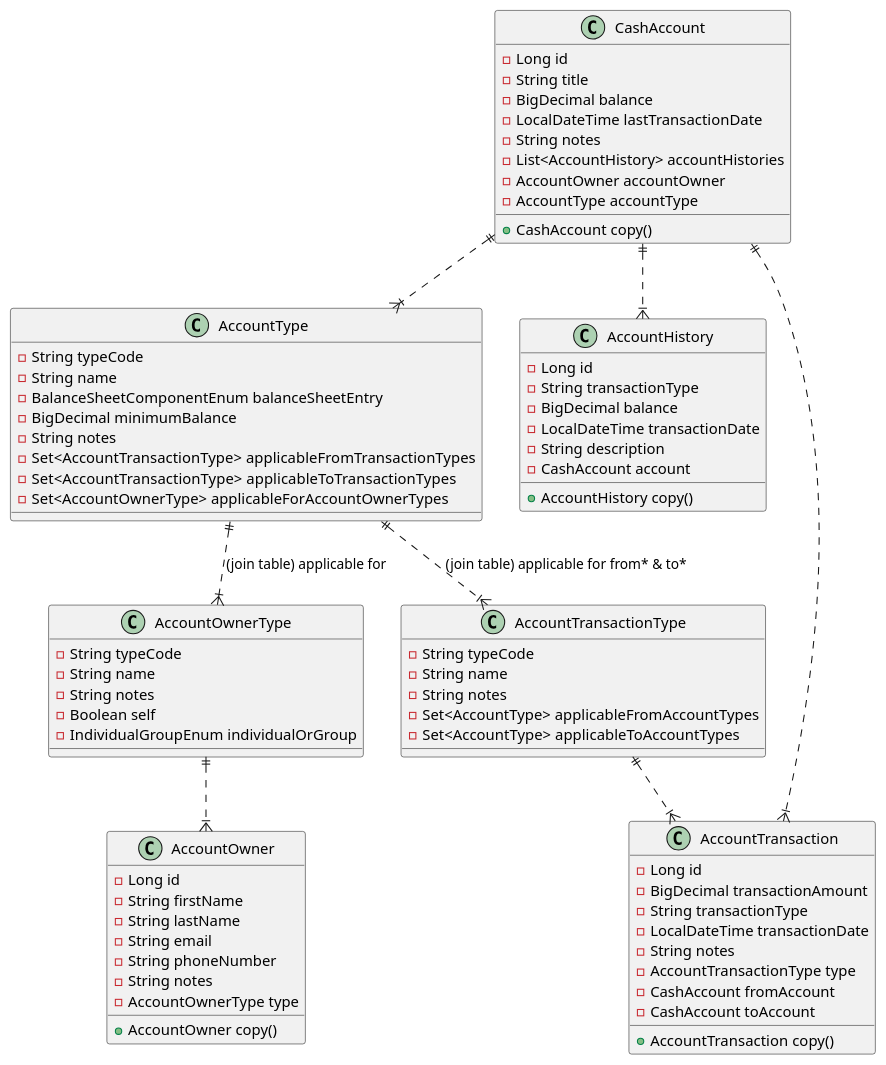
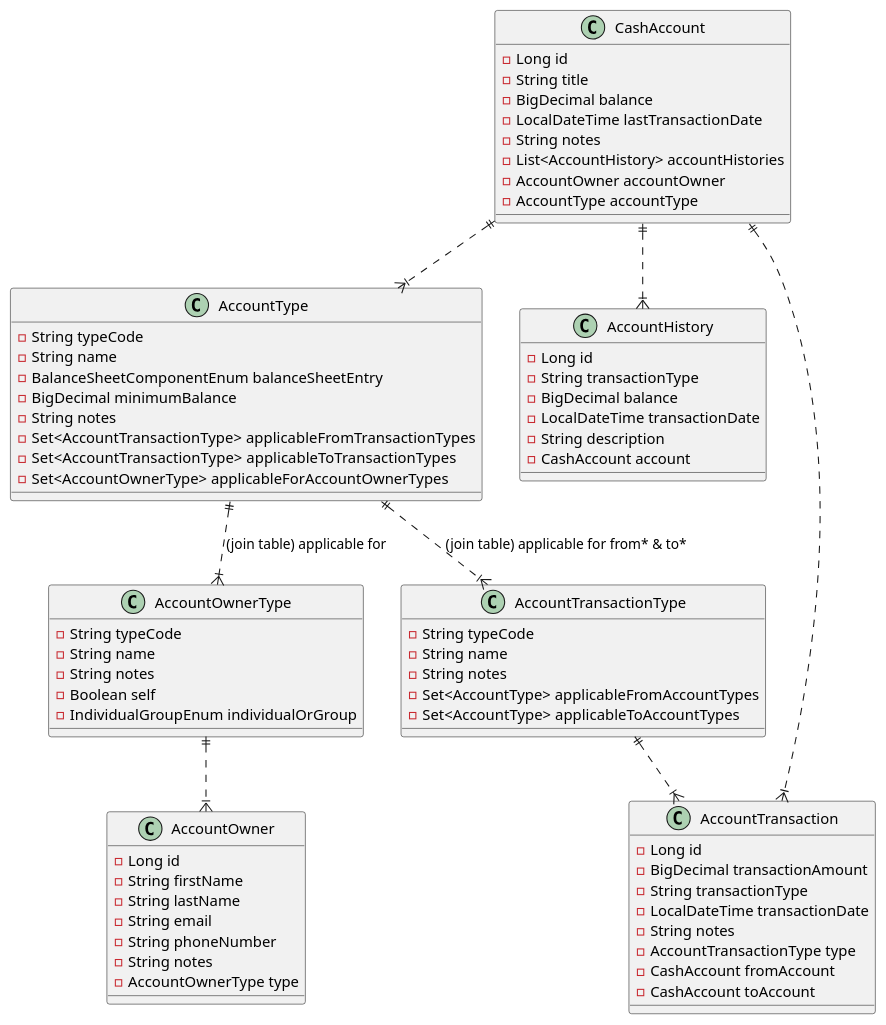
One commit to donniexyz/med-spring-boot-demo changed the diagram in docs/plantuml/ERD.puml. Above: the diagram before and after it, drawn with PlantUML. The commit also changed 1 other file, not shown here.

Commit message:
Update ERD plantuml

```diff
--- a/docs/plantuml/ERD.puml
+++ b/docs/plantuml/ERD.puml
@@ -1,87 +1,83 @@
 @startuml
 class AccountType {
 - String typeCode
 - String name
 - BalanceSheetComponentEnum balanceSheetEntry
 - BigDecimal minimumBalance
 - String notes
 - Set<AccountTransactionType> applicableFromTransactionTypes
 - Set<AccountTransactionType> applicableToTransactionTypes
 - Set<AccountOwnerType> applicableForAccountOwnerTypes
 }
 
 class AccountHistory {
 - Long id
 - String transactionType
 - BigDecimal balance
 - LocalDateTime transactionDate
 - String description
 - CashAccount account
-+ AccountHistory copy()
 }
 
 
 class AccountTransactionType {
 - String typeCode
 - String name
 - String notes
 - Set<AccountType> applicableFromAccountTypes
 - Set<AccountType> applicableToAccountTypes
 }
 
 class CashAccount {
 - Long id
 - String title
 - BigDecimal balance
 - LocalDateTime lastTransactionDate
 - String notes
 - List<AccountHistory> accountHistories
 - AccountOwner accountOwner
 - AccountType accountType
-+ CashAccount copy()
 }
 
 
 class AccountOwner {
 - Long id
 - String firstName
 - String lastName
 - String email
 - String phoneNumber
 - String notes
 - AccountOwnerType type
-+ AccountOwner copy()
 }
 
 
 class AccountOwnerType {
 - String typeCode
 - String name
 - String notes
 - Boolean self
 - IndividualGroupEnum individualOrGroup
 }
 
 class AccountTransaction {
 - Long id
 - BigDecimal transactionAmount
 - String transactionType
 - LocalDateTime transactionDate
 - String notes
 - AccountTransactionType type
 - CashAccount fromAccount
 - CashAccount toAccount
-+ AccountTransaction copy()
 }
 
 AccountType ||..|{ AccountTransactionType :(join table) applicable for from* & to*
 AccountType ||..|{ AccountOwnerType :(join table) applicable for
 
 AccountOwnerType ||..|{ AccountOwner
 AccountTransactionType ||..|{ AccountTransaction
 
 CashAccount ||..|{ AccountType
 CashAccount ||..|{ AccountHistory
 CashAccount ||..|{ AccountTransaction
 
 @enduml
```
